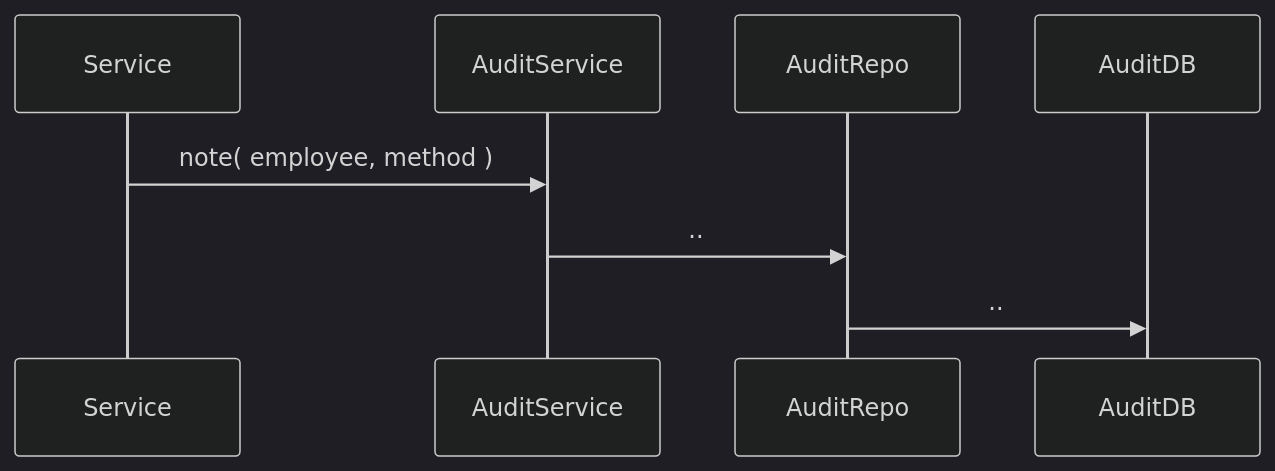
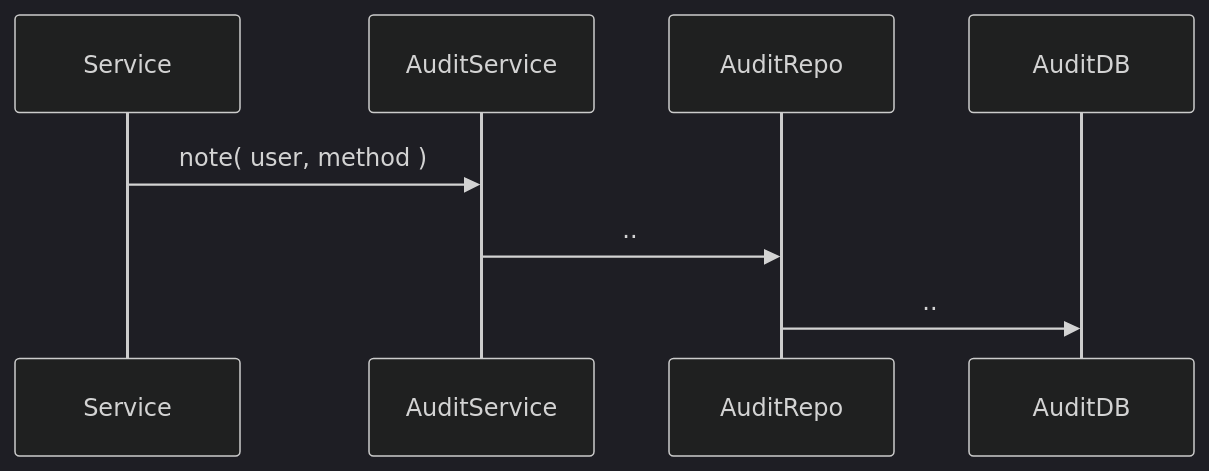
One commit to Apameus/Bookly changed the second of 10 diagrams in docs/high_level_architecture.md. Above: the diagram before and after it, drawn with Mermaid (dark theme). The commit also changed 21 other files, not shown here.

````diff
--- a/docs/high_level_architecture.md
+++ b/docs/high_level_architecture.md
@@ -24,7 +24,7 @@
 ```mermaid
 
 sequenceDiagram
-    Service ->> AuditService: note( employee, method )
+    Service ->> AuditService: note( user, method )
     AuditService ->> AuditRepo: ..
     AuditRepo ->> AuditDB: ..
 ```
````
